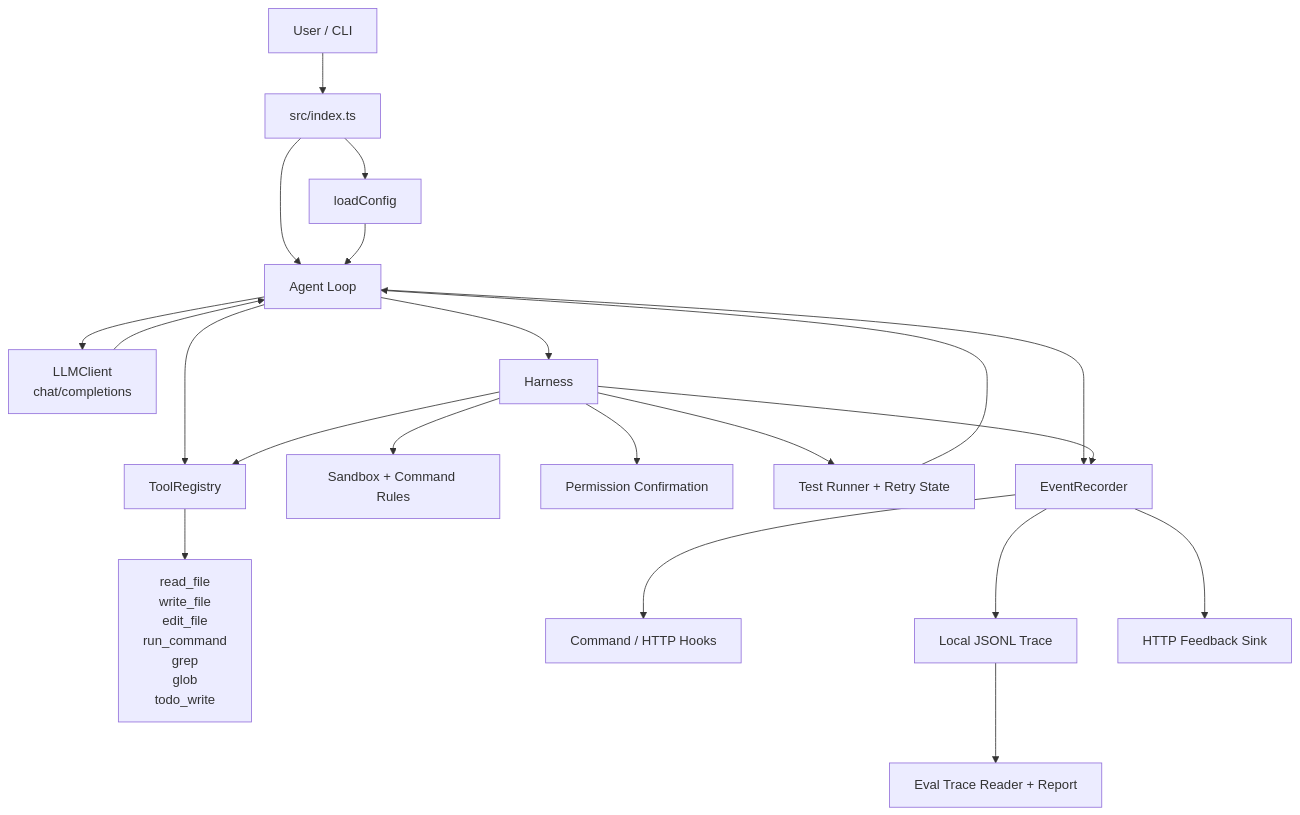
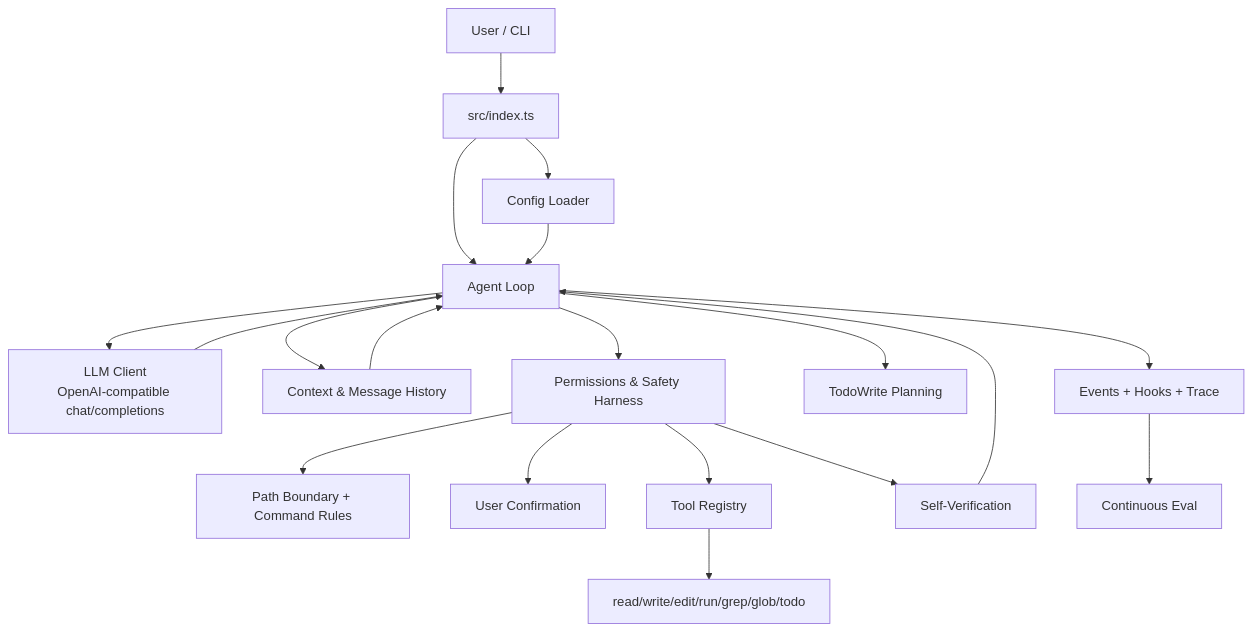
One commit to xdlrt/luka changed the diagram in README.md. Above: the diagram before and after it, drawn with Mermaid. The commit also changed other lines of this file and 12 other files, not shown here.

````diff
--- a/README.md
+++ b/README.md
@@ -123,23 +134,21 @@
 ```mermaid
 flowchart TD
     User[User / CLI] --> CLI[src/index.ts]
-    CLI --> Config[loadConfig]
+    CLI --> Config[Config Loader]
     CLI --> Loop[Agent Loop]
     Config --> Loop
-    Loop --> LLM[LLMClient<br/>chat/completions]
+    Loop --> LLM[LLM Client\nOpenAI-compatible chat/completions]
     LLM --> Loop
-    Loop --> Registry[ToolRegistry]
-    Registry --> Tools[read_file<br/>write_file<br/>edit_file<br/>run_command<br/>grep<br/>glob<br/>todo_write]
-    Loop --> Harness[Harness]
-    Harness --> Safety[Sandbox + Command Rules]
-    Harness --> Permission[Permission Confirmation]
-    Harness --> Registry
-    Harness --> Verification[Test Runner + Retry State]
+    Loop --> History[Context & Message History]
+    History --> Loop
+    Loop --> Harness[Permissions & Safety Harness]
+    Harness --> Rules[Path Boundary + Command Rules]
+    Harness --> Permission[User Confirmation]
+    Harness --> Registry[Tool Registry]
+    Registry --> Tools[read/write/edit/run/grep/glob/todo]
+    Harness --> Verification[Self-Verification]
     Verification --> Loop
-    Loop --> Recorder[EventRecorder]
-    Harness --> Recorder
-    Recorder --> Hooks[Command / HTTP Hooks]
-    Recorder --> Trace[Local JSONL Trace]
-    Recorder --> Feedback[HTTP Feedback Sink]
-    Trace --> Evals[Eval Trace Reader + Report]
+    Loop --> Planning[TodoWrite Planning]
+    Loop --> Observability[Events + Hooks + Trace]
+    Observability --> Evals[Continuous Eval]
 ```
````
